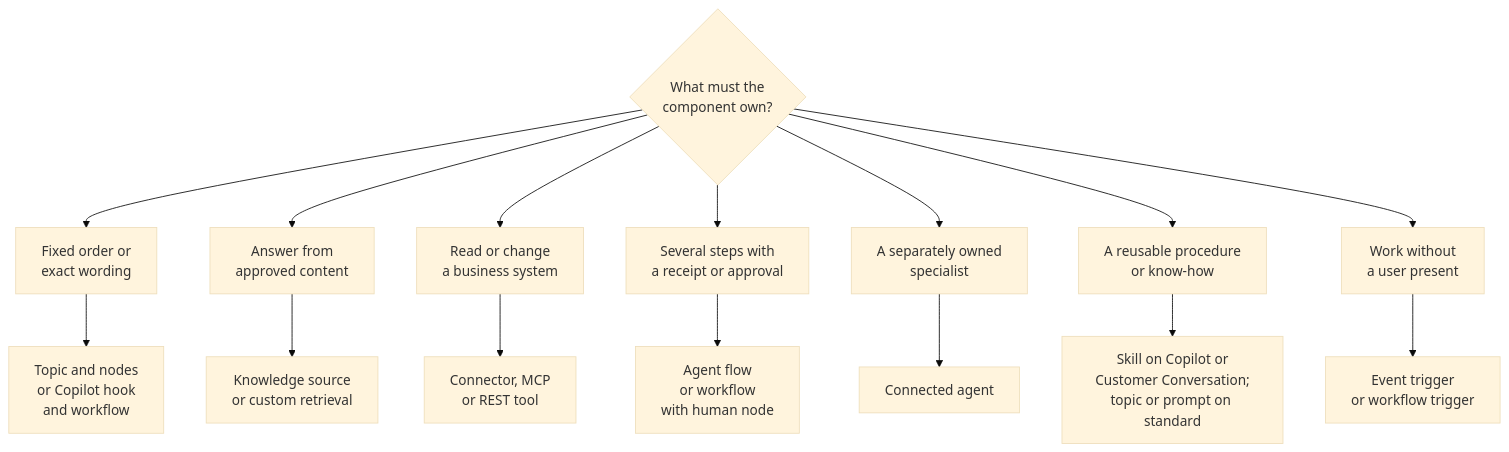
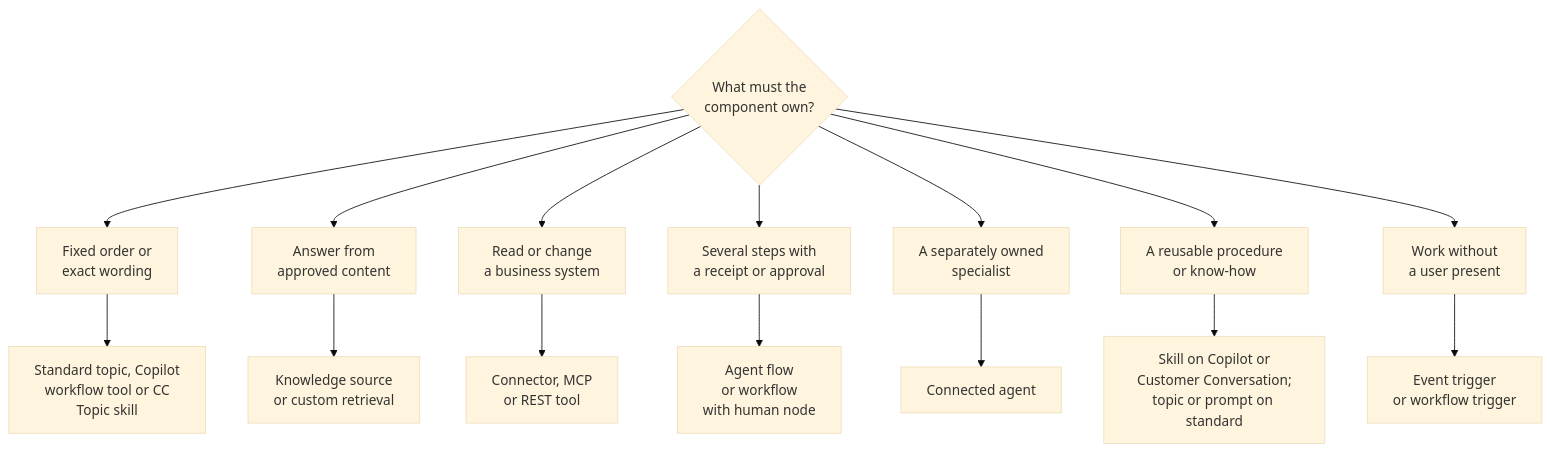
Before and after one commit to abhishek-ai-enabler/copilotstudio-architecture-patterns: the second of 2 diagrams in COMPONENTS.md, drawn with Mermaid (base theme). The commit also changed other lines of this file and 21 other files, not shown here.

````diff
--- a/COMPONENTS.md
+++ b/COMPONENTS.md
@@ -83,30 +86,30 @@
 ```mermaid
 flowchart TB
     accTitle: Component selection guide
     accDescr: A decision tree that maps a design need to the Copilot Studio component that best owns it, with the standard harness component first and the Microsoft Copilot harness equivalent second.
 
     Q1{"What must the<br/>component own?"}
     A1["Fixed order or<br/>exact wording"]
     A2["Answer from<br/>approved content"]
     A3["Read or change<br/>a business system"]
     A4["Several steps with<br/>a receipt or approval"]
     A5["A separately owned<br/>specialist"]
     A6["A reusable procedure<br/>or know-how"]
     A7["Work without<br/>a user present"]
 
-    R1["Topic and nodes<br/>or Copilot hook<br/>and workflow"]
+    R1["Standard topic, Copilot<br/>workflow tool or CC<br/>Topic skill"]
     R2["Knowledge source<br/>or custom retrieval"]
     R3["Connector, MCP<br/>or REST tool"]
     R4["Agent flow<br/>or workflow<br/>with human node"]
     R5["Connected agent"]
     R6["Skill on Copilot or<br/>Customer Conversation;<br/>topic or prompt on standard"]
     R7["Event trigger<br/>or workflow trigger"]
 
     Q1 --> A1 --> R1
     Q1 --> A2 --> R2
     Q1 --> A3 --> R3
     Q1 --> A4 --> R4
     Q1 --> A5 --> R5
     Q1 --> A6 --> R6
     Q1 --> A7 --> R7
 ```
````
